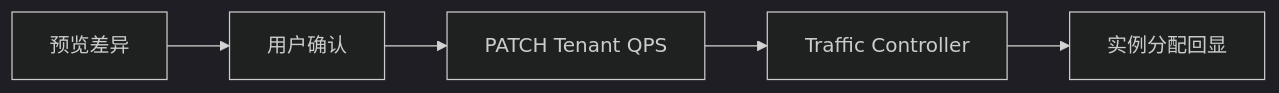
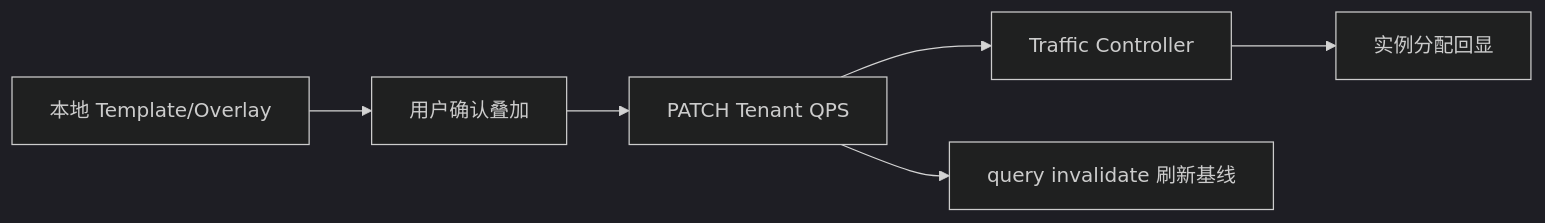
One commit to 3900563672/hello-k8s-ai changed the fourth of 4 diagrams in docs/frontend/DATA_FLOW.md. Above: the diagram before and after it, drawn with Mermaid (dark theme). The commit also changed other lines of this file and 10 other files, not shown here.

````diff
--- a/docs/frontend/DATA_FLOW.md
+++ b/docs/frontend/DATA_FLOW.md
@@ -135,5 +128,6 @@
 ```mermaid
 flowchart LR
-  P["预览差异"] --> C["用户确认"] --> API["PATCH Tenant QPS"]
+  D["本地 Template/Overlay"] --> C["用户确认叠加"] --> API["PATCH Tenant QPS"]
   API --> TC["Traffic Controller"] --> R["实例分配回显"]
+  API --> Q["query invalidate 刷新基线"]
 ```
````
